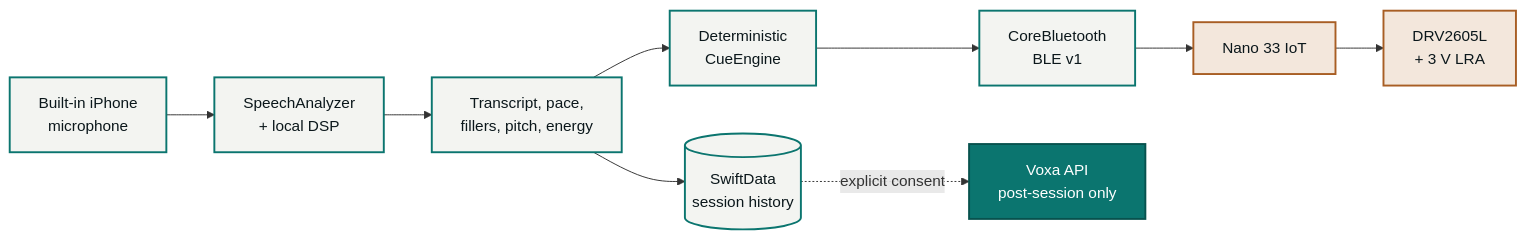
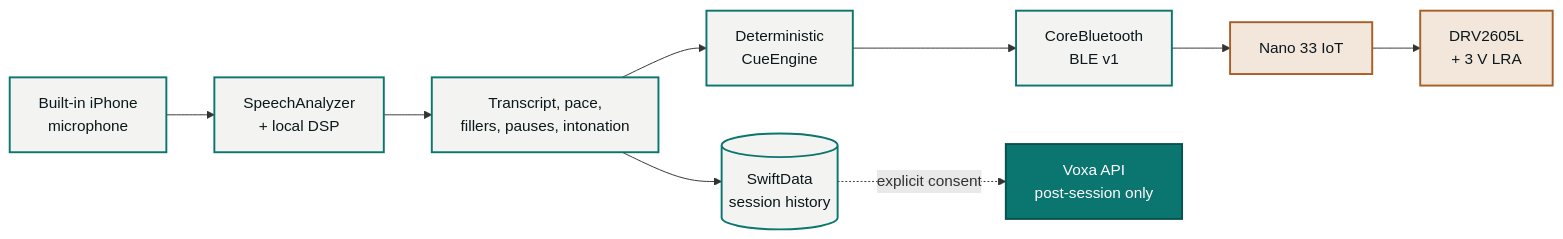
One commit to amaar-mc/voxa-cue changed the diagram in README.md. Above: the diagram before and after it, drawn with Mermaid. The commit also changed other lines of this file and 1 other file, not shown here.

````diff
--- a/README.md
+++ b/README.md
@@ -79,18 +83,18 @@
 ```mermaid
 flowchart LR
     MIC["Built-in iPhone<br/>microphone"] --> SPEECH["SpeechAnalyzer<br/>+ local DSP"]
-    SPEECH --> METRICS["Transcript, pace,<br/>fillers, pitch, energy"]
+    SPEECH --> METRICS["Transcript, pace,<br/>fillers, pauses, intonation"]
     METRICS --> ENGINE["Deterministic<br/>CueEngine"]
     ENGINE --> BLE["CoreBluetooth<br/>BLE v1"]
     BLE --> NANO["Nano 33 IoT"]
     NANO --> MOTOR["DRV2605L<br/>+ 3 V LRA"]
     METRICS --> STORE[("SwiftData<br/>session history")]
     STORE -. "explicit consent" .-> API["Voxa API<br/>post-session only"]
 
     classDef phone fill:#F3F4F1,stroke:#0B756F,color:#0B171B,stroke-width:2px;
     classDef band fill:#F3E7DC,stroke:#A85E24,color:#0B171B,stroke-width:2px;
     classDef optional fill:#0B756F,stroke:#07524E,color:#ffffff,stroke-width:2px;
     class MIC,SPEECH,METRICS,ENGINE,BLE,STORE phone;
     class NANO,MOTOR band;
     class API optional;
 ```
````
